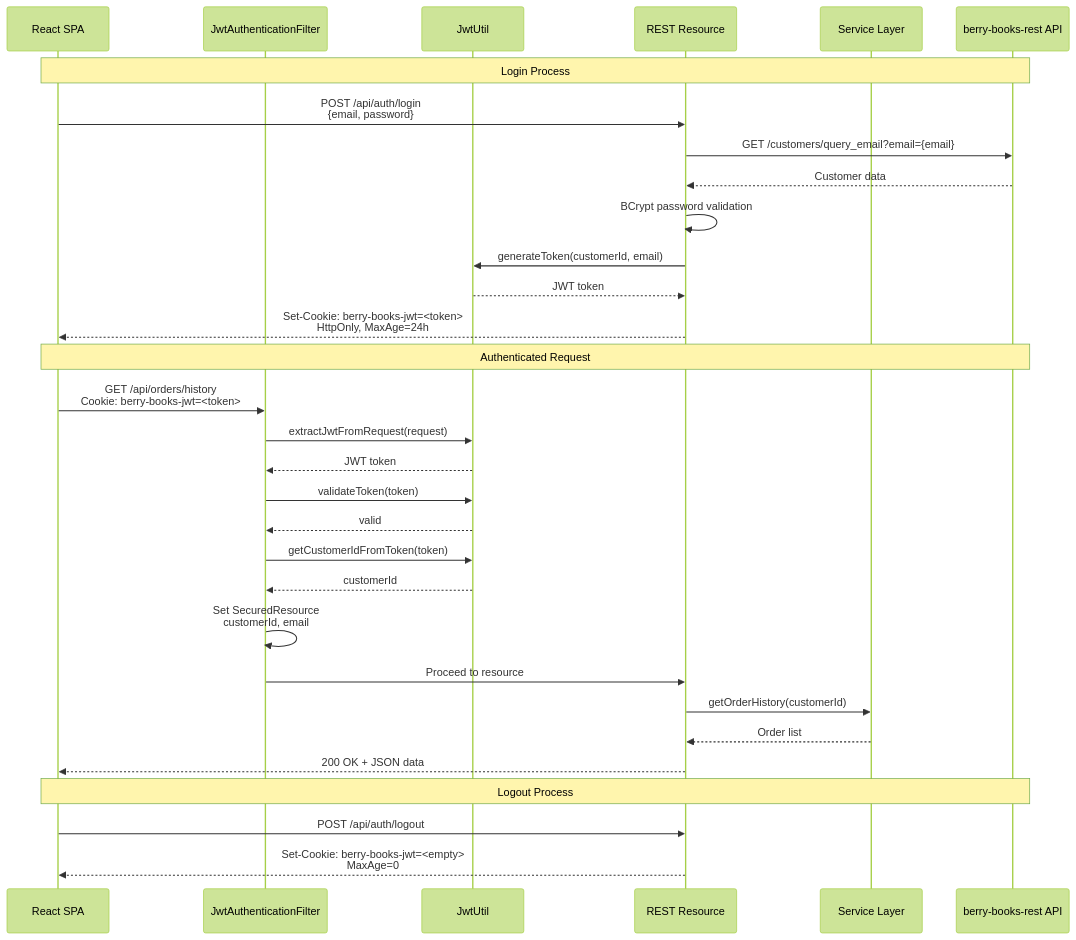
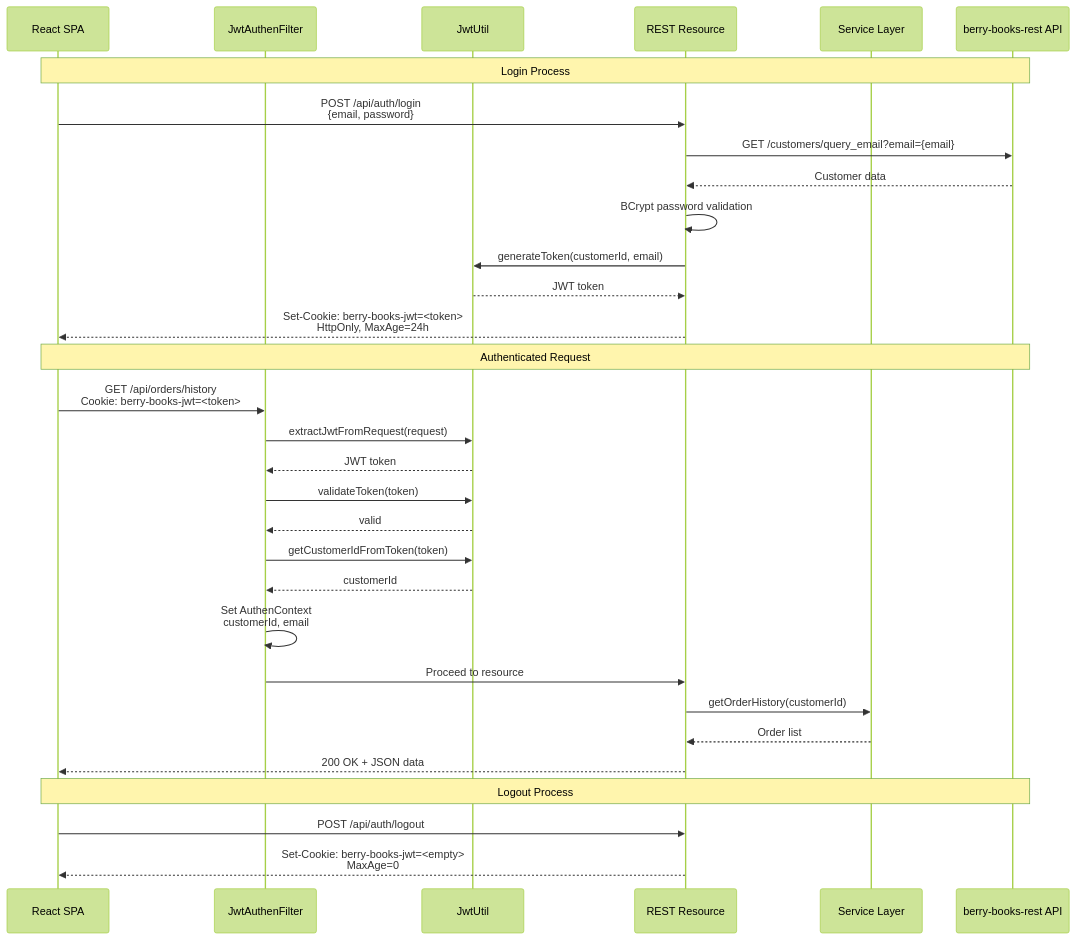
Before and after one commit to KenyaSaitoh/ai_driven_dev_202601: the sixth of 9 diagrams in projects/sdd/bookstore/berry-books-api-sdd/specs/baseline/system/architecture_design.md, drawn with Mermaid (forest theme). The commit also changed other lines of this file and 402 other files, not shown here.

````diff
--- a/projects/sdd/bookstore/berry-books-api-sdd/specs/baseline/system/architecture_design.md
+++ b/projects/sdd/bookstore/berry-books-api-sdd/specs/baseline/system/architecture_design.md
@@ -434,36 +444,36 @@
 ```mermaid
 sequenceDiagram
     participant Client as React SPA
-    participant Filter as JwtAuthenticationFilter
+    participant Filter as JwtAuthenFilter
     participant JwtUtil as JwtUtil
     participant Resource as REST Resource
     participant Service as Service Layer
     participant RestAPI as berry-books-rest API
     
     Note over Client,RestAPI: Login Process
     Client->>Resource: POST /api/auth/login<br/>{email, password}
     Resource->>RestAPI: GET /customers/query_email?email={email}
     RestAPI-->>Resource: Customer data
     Resource->>Resource: BCrypt password validation
     Resource->>JwtUtil: generateToken(customerId, email)
     JwtUtil-->>Resource: JWT token
     Resource-->>Client: Set-Cookie: berry-books-jwt=<token><br/>HttpOnly, MaxAge=24h
     
     Note over Client,RestAPI: Authenticated Request
     Client->>Filter: GET /api/orders/history<br/>Cookie: berry-books-jwt=<token>
     Filter->>JwtUtil: extractJwtFromRequest(request)
     JwtUtil-->>Filter: JWT token
     Filter->>JwtUtil: validateToken(token)
     JwtUtil-->>Filter: valid
     Filter->>JwtUtil: getCustomerIdFromToken(token)
     JwtUtil-->>Filter: customerId
-    Filter->>Filter: Set SecuredResource<br/>customerId, email
+    Filter->>Filter: Set AuthenContext<br/>customerId, email
     Filter->>Resource: Proceed to resource
     Resource->>Service: getOrderHistory(customerId)
     Service-->>Resource: Order list
     Resource-->>Client: 200 OK + JSON data
     
     Note over Client,RestAPI: Logout Process
     Client->>Resource: POST /api/auth/logout
     Resource-->>Client: Set-Cookie: berry-books-jwt=<empty><br/>MaxAge=0
 ```
````
